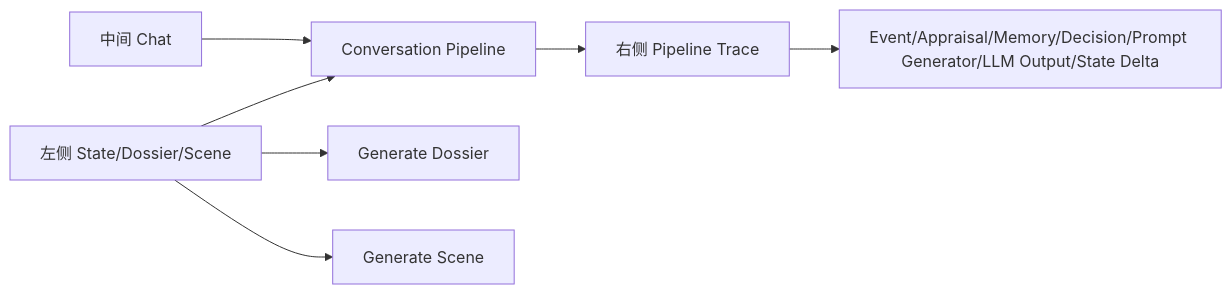
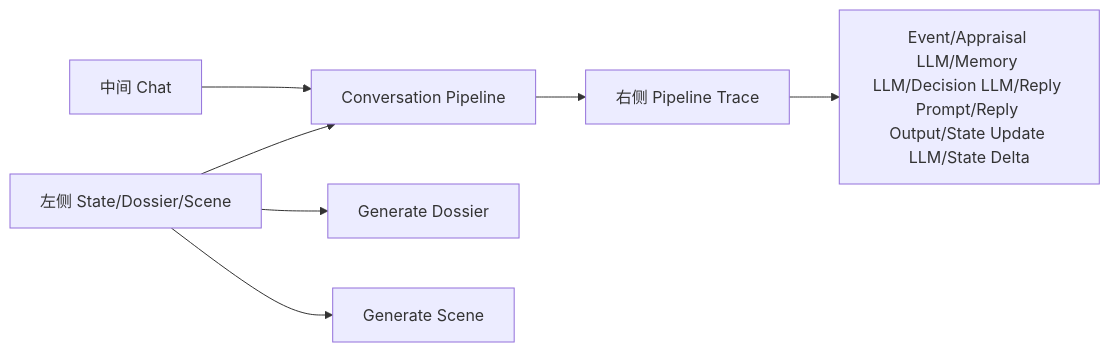
Before and after one commit to ttmanthatman/virtual-human-flow: the fourth of 4 diagrams in docs/SYSTEM_FLOW.md, drawn with Mermaid. The commit also changed other lines of this file and 14 other files, not shown here.

````diff
--- a/docs/SYSTEM_FLOW.md
+++ b/docs/SYSTEM_FLOW.md
@@ -71,9 +70,9 @@
 ```mermaid
 flowchart LR
     LEFT[左侧 State/Dossier/Scene] --> PIPE[Conversation Pipeline]
     CHAT[中间 Chat] --> PIPE
     PIPE --> TRACE[右侧 Pipeline Trace]
-    TRACE --> JSON[Event/Appraisal/Memory/Decision/Prompt Generator/LLM Output/State Delta]
+    TRACE --> JSON[Event/Appraisal LLM/Memory LLM/Decision LLM/Reply Prompt/Reply Output/State Update LLM/State Delta]
     LEFT --> GEN1[Generate Dossier]
     LEFT --> GEN2[Generate Scene]
 ```
````
